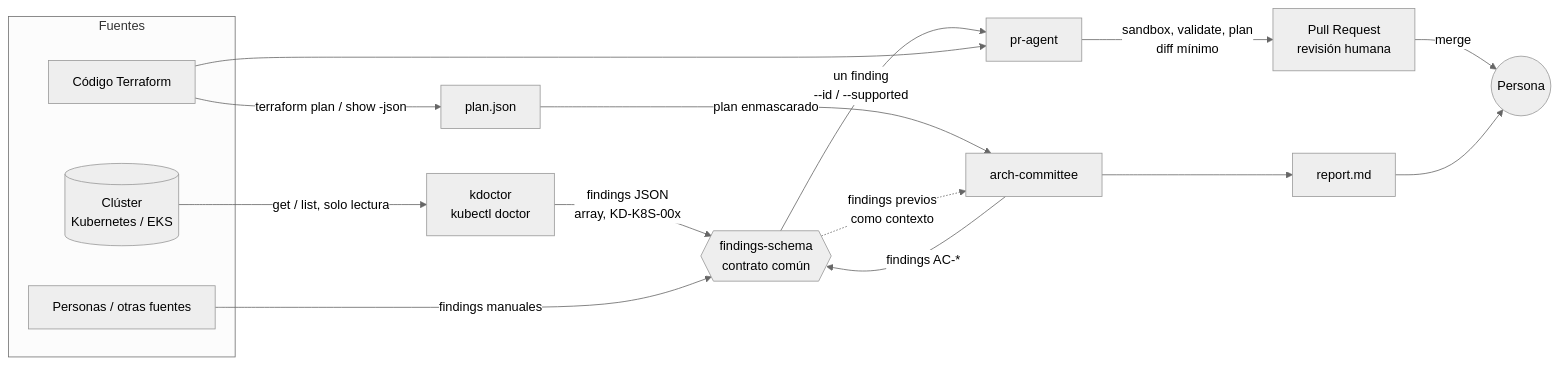
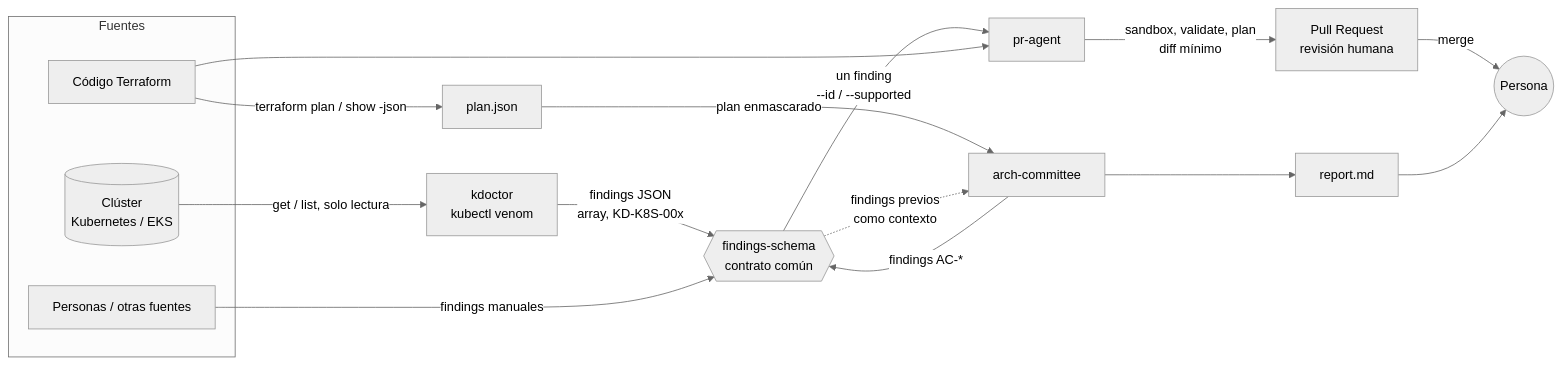
Before and after one commit to CloudVipers/VenomOps: the first of 2 diagrams in docs/arquitectura.md, drawn with Mermaid (neutral theme). The commit also changed 22 other files, not shown here.

First line of the commit message:
fix(kdoctor): rename the kubectl plugin to kubectl-venom (#14)

````diff
--- a/docs/arquitectura.md
+++ b/docs/arquitectura.md
@@ -9,25 +9,25 @@
 ```mermaid
 flowchart LR
     subgraph Fuentes
         C[(Clúster<br/>Kubernetes / EKS)]
         T[Código Terraform]
         H[Personas / otras fuentes]
     end
 
-    C -->|get / list, solo lectura| K[kdoctor<br/>kubectl doctor]
+    C -->|get / list, solo lectura| K[kdoctor<br/>kubectl venom]
     K -->|findings JSON<br/>array, KD-K8S-00x| F{{findings-schema<br/>contrato común}}
     H -->|findings manuales| F
 
     F -->|un finding<br/>--id / --supported| PA[pr-agent]
     T --> PA
     PA -->|sandbox, validate, plan<br/>diff mínimo| PR[Pull Request<br/>revisión humana]
 
     T -->|terraform plan / show -json| P[plan.json]
     P -->|plan enmascarado| AC[arch-committee]
     F -.->|findings previos<br/>como contexto| AC
     AC --> R[report.md]
     AC -->|findings AC-*| F
 
     PR -->|merge| H2((Persona))
     R --> H2
 ```
````
